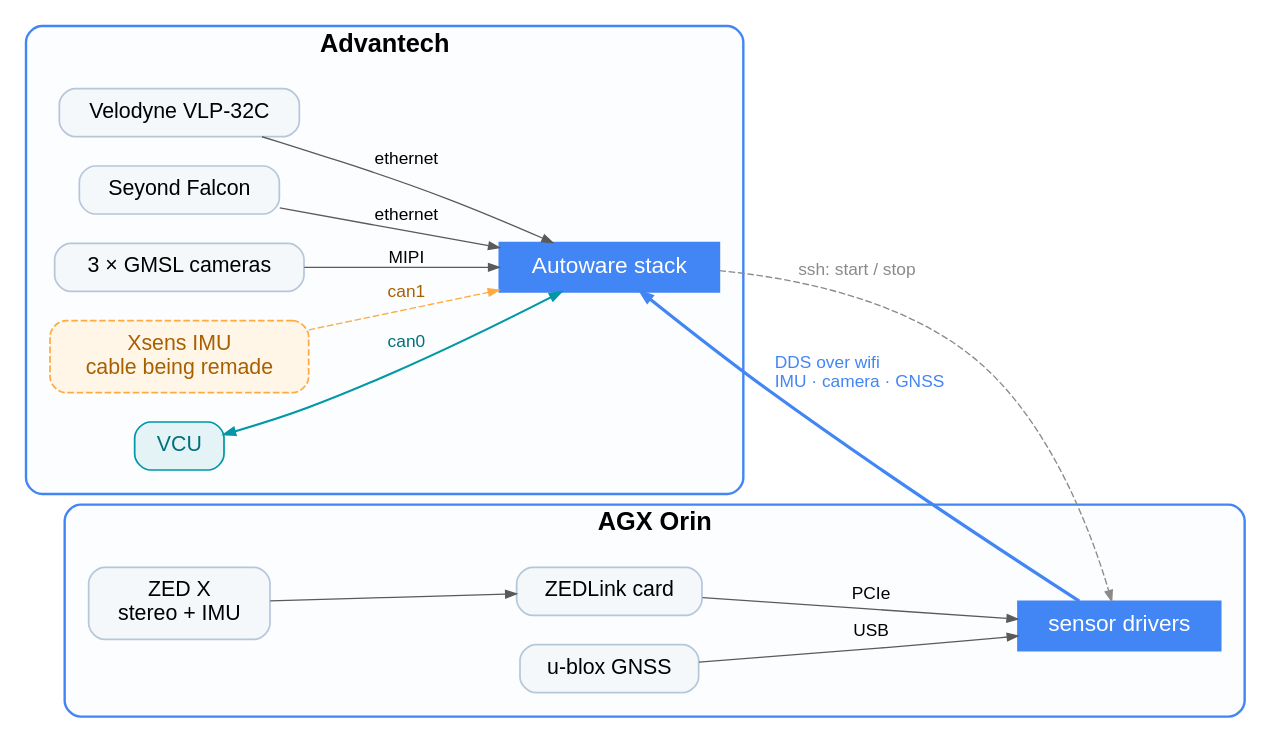
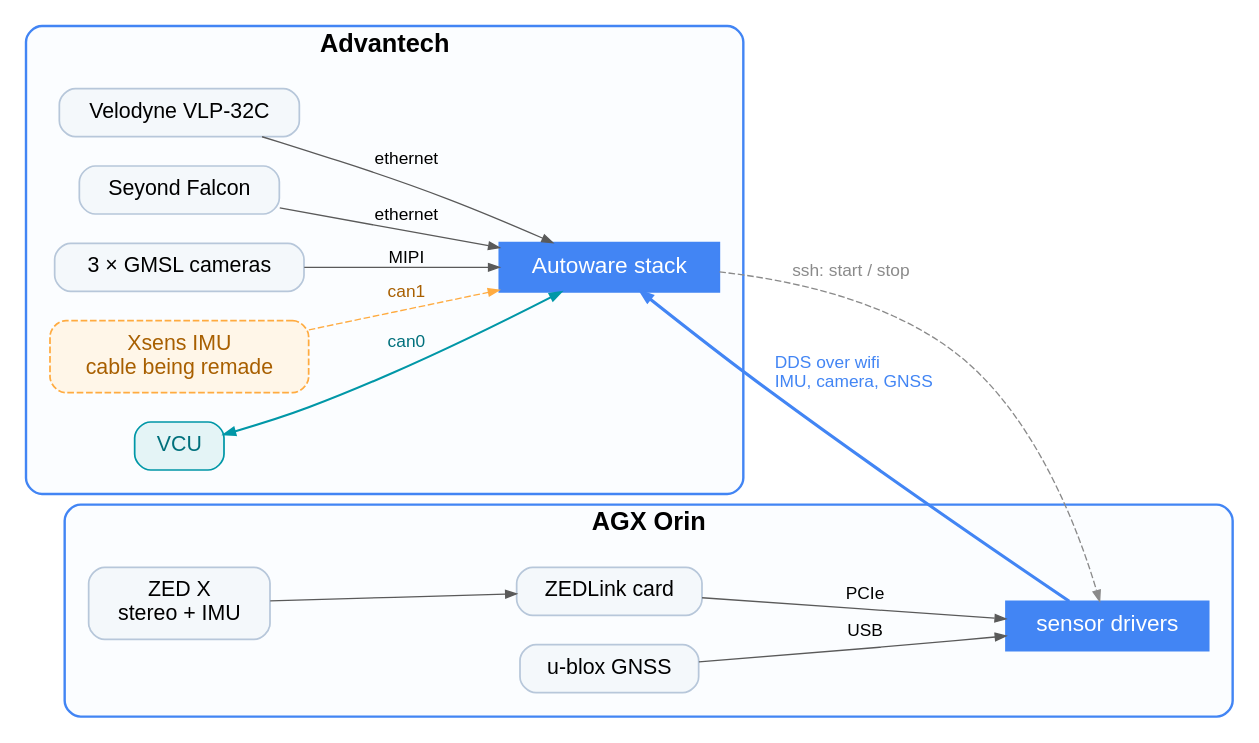
The diagram in docs/reports/assets/sensor_wiring.dot (NEWSLabNTU/2026-golf-cart), drawn with Graphviz before and after one commit. The commit also changed 5 other files, not shown here.

```diff
--- a/docs/reports/assets/sensor_wiring.dot
+++ b/docs/reports/assets/sensor_wiring.dot
@@ -1,92 +1,92 @@
 // Sensor wiring across the two machines.
 //
 //   dot -Tpng -Gdpi=150 sensor_wiring.dot -o sensor_wiring.png
 //
 // Ownership is taken from config/recording/{master,orin}_topics.txt, which is
 // the authoritative record of which host publishes what.
 //
 // LABELS ARE DELIBERATELY SHORT. An earlier version put the interface, the IP
 // address, the topic names and the reason-for-placement inside the node cards,
 // which forced the font down until nothing was readable from the back of a
 // room. Anything that is not the device's name now lives on an edge or in what
 // the presenter says out loud. Do not put it back.
 //
 // Facts that are no longer written on the picture:
 //   - Velodyne 192.168.7.10, Falcon UDP 8010
 //   - the ZED IMU topic is /sensing/camera/zed/imu/data at 100 Hz
 //   - the u-blox is on the Orin because the Advantech has no free USB port --
 //     keyboard, mouse, phone tethering, external disk. See notes-usb-ports.md
 //   - the Xsens cable is broken and being remade; the stack runs on the ZED's
 //     built-in IMU meanwhile, so the IMU in use crosses the wifi link
 
 digraph sensors {
   rankdir=LR;
   bgcolor="white";
   compound=true;
   nodesep=0.30;
   ranksep=1.05;
   fontname="Helvetica";
   node  [shape=box, style="rounded,filled", fontname="Helvetica", fontsize=16,
          color="#B7C7DA", fillcolor="#f4f8fb", penwidth=1.3,
          margin="0.22,0.13"];
   edge  [fontname="Helvetica", fontsize=13, color="#5a5a5a", arrowsize=0.8];
 
   // ── Advantech ─────────────────────────────────────────────────────────────
   subgraph cluster_master {
     label="Advantech";
     fontsize=19; fontname="Helvetica-Bold";
     color="#4285F4"; penwidth=1.8; style=rounded; bgcolor="#fbfdff";
     margin=18;
 
     vlp    [label="Velodyne VLP-32C"];
     falcon [label="Seyond Falcon"];
     cams   [label="3 × GMSL cameras"];
     xsens  [label="Xsens IMU\ncable being remade", color="#FFAB40",
             fillcolor="#FFF6E8", fontcolor="#A85F00",
             style="rounded,filled,dashed"];
     vcu    [label="VCU", fillcolor="#E4F4F6", color="#0097A7",
             fontcolor="#00707C"];
 
     adv    [label="Autoware stack", shape=box, style="filled",
             fillcolor="#4285F4", fontcolor="white", color="#4285F4",
             fontsize=17];
 
     vlp    -> adv [label="  ethernet"];
     falcon -> adv [label="  ethernet"];
     cams   -> adv [label="  MIPI"];
     xsens  -> adv [label="  can1", color="#FFAB40",
                    fontcolor="#A85F00", style=dashed];
     vcu    -> adv [label="  can0", dir=both, color="#0097A7",
                    fontcolor="#00707C", penwidth=1.6];
   }
 
   // ── Orin ──────────────────────────────────────────────────────────────────
   subgraph cluster_orin {
     label="AGX Orin";
     fontsize=19; fontname="Helvetica-Bold";
     color="#4285F4"; penwidth=1.8; style=rounded; bgcolor="#fbfdff";
     margin=18;
 
     zed  [label="ZED X\nstereo + IMU"];
     zedl [label="ZEDLink card"];
     gnss [label="u-blox GNSS"];
 
     orin [label="sensor drivers", shape=box, style="filled",
           fillcolor="#4285F4", fontcolor="white", color="#4285F4",
           fontsize=17];
 
     zed  -> zedl;
     zedl -> orin [label="  PCIe"];
     gnss -> orin [label="  USB"];
   }
 
   // ── the virtual link ──────────────────────────────────────────────────────
   // Not a cable. The IMU the stack actually uses crosses it, and so does the
   // GNSS fix -- which is why its latency matters to localization.
-  orin -> adv [label="  DDS over wifi\l  IMU · camera · GNSS\l",
+  orin -> adv [label="  DDS over wifi\l  IMU, camera, GNSS\l",
                style=bold, color="#4285F4", fontcolor="#4285F4",
                penwidth=2.4, constraint=false];
   adv  -> orin [label="  ssh: start / stop\l",
                 style=dashed, color="#8a8a8a", fontcolor="#8a8a8a",
                 constraint=false];
 }
```
